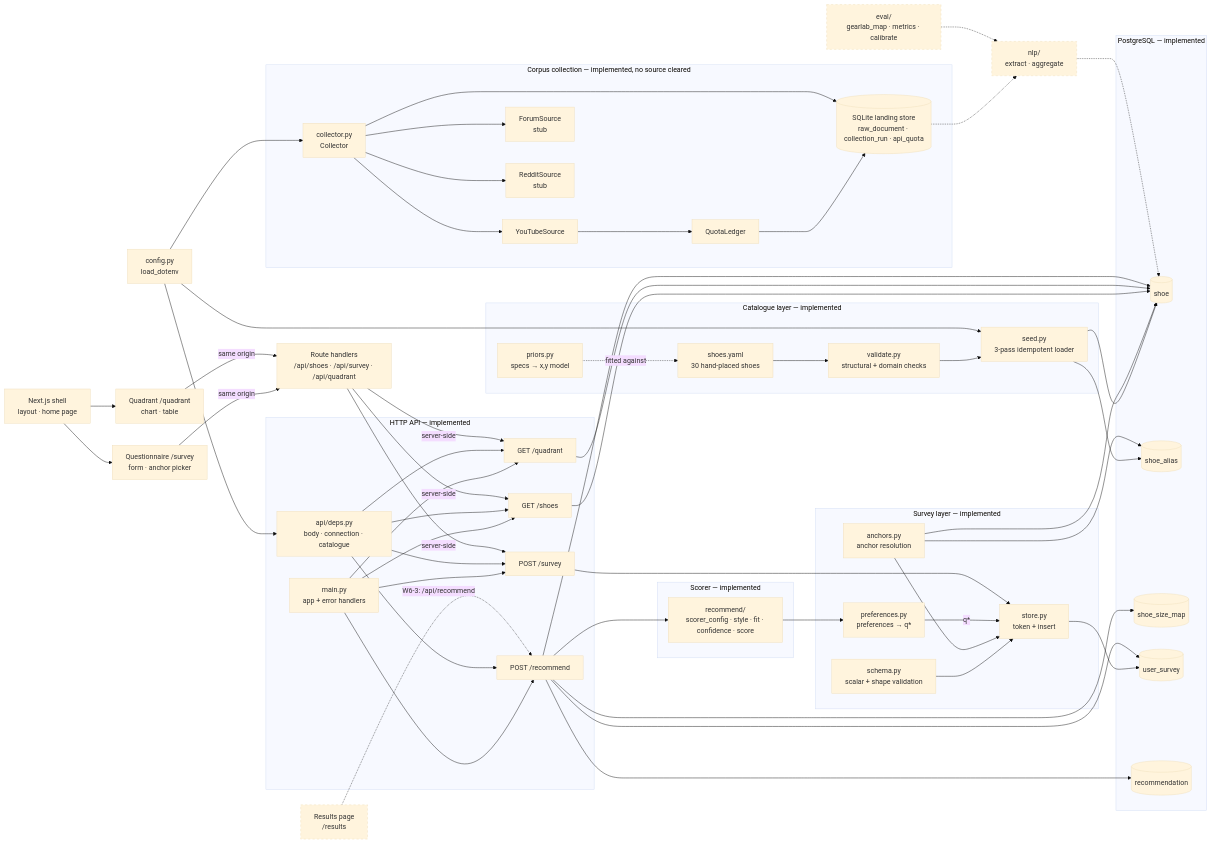
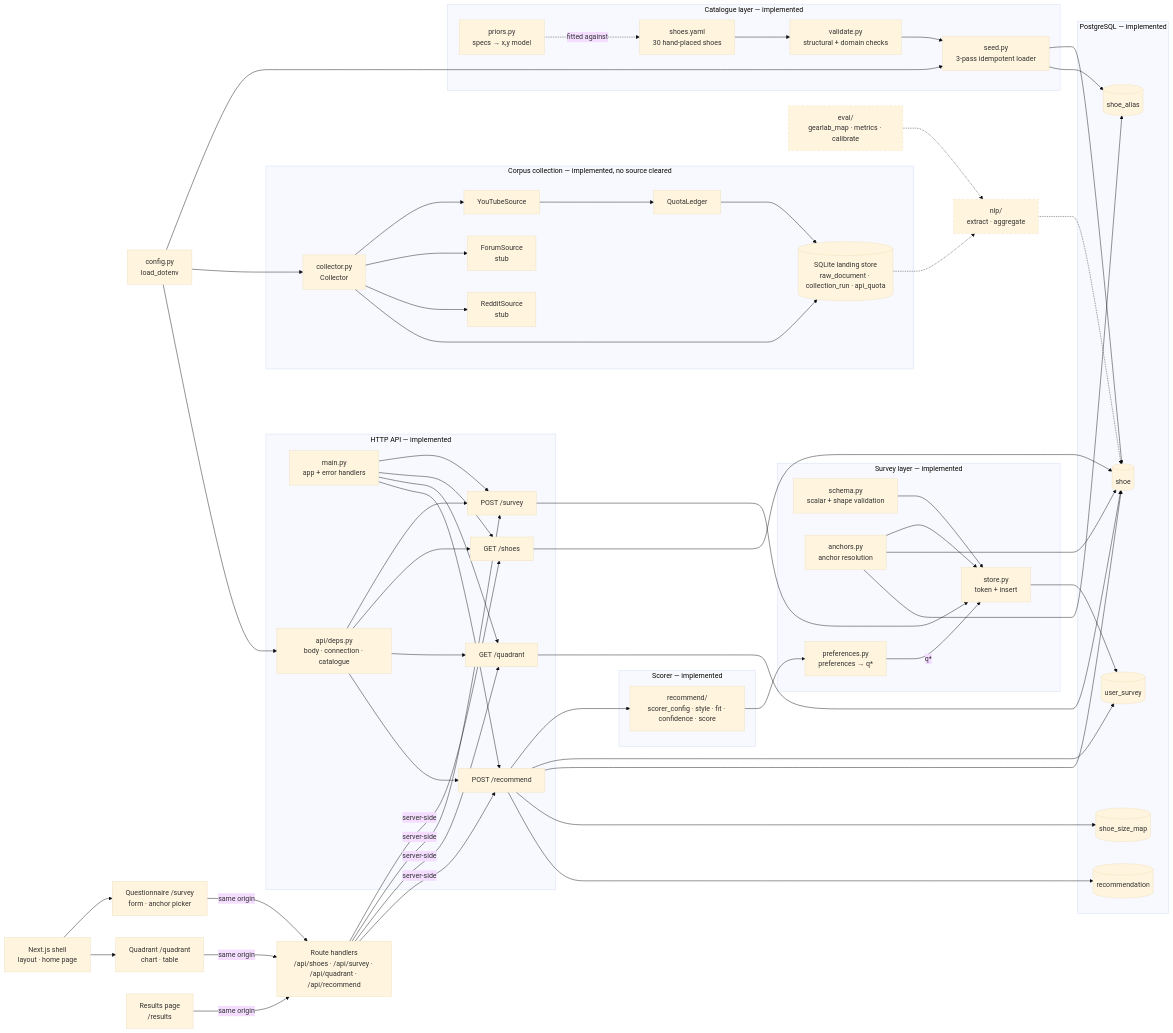
One commit to barlu3/CruxUp changed the first of 2 diagrams in docs/ARCHITECTURE.md. Above: the diagram before and after it, drawn with Mermaid (base theme). The commit also changed other lines of this file and 2 other files, not shown here.

First line of the commit message:
W6-3-I: timeline v3.7, ARCHITECTURE §4.14 and SETUP for the results page

```diff
--- a/docs/ARCHITECTURE.md
+++ b/docs/ARCHITECTURE.md
@@ -114,8 +114,8 @@
   SHELL[Next.js shell<br/>layout · home page]
   SURVEYUI[Questionnaire /survey<br/>form · anchor picker]
   QUADUI[Quadrant /quadrant<br/>chart · table]
-  RELAY[Route handlers<br/>/api/shoes · /api/survey · /api/quadrant]
-  WEB[Results page<br/>/results]:::planned
+  RELAY[Route handlers<br/>/api/shoes · /api/survey · /api/quadrant · /api/recommend]
+  WEB[Results page<br/>/results]
 
   SHELL --> SURVEYUI
   SHELL --> QUADUI
@@ -124,7 +124,8 @@
   RELAY -->|server-side| RSHOE
   RELAY -->|server-side| RSURV
   RELAY -->|server-side| RQUAD
-  WEB -.->|"W6-3: /api/recommend"| RREC
+  WEB -->|same origin| RELAY
+  RELAY -->|server-side| RREC
   LAND -.-> NLP -.-> SHOE
   EVAL -.-> NLP
 
```
